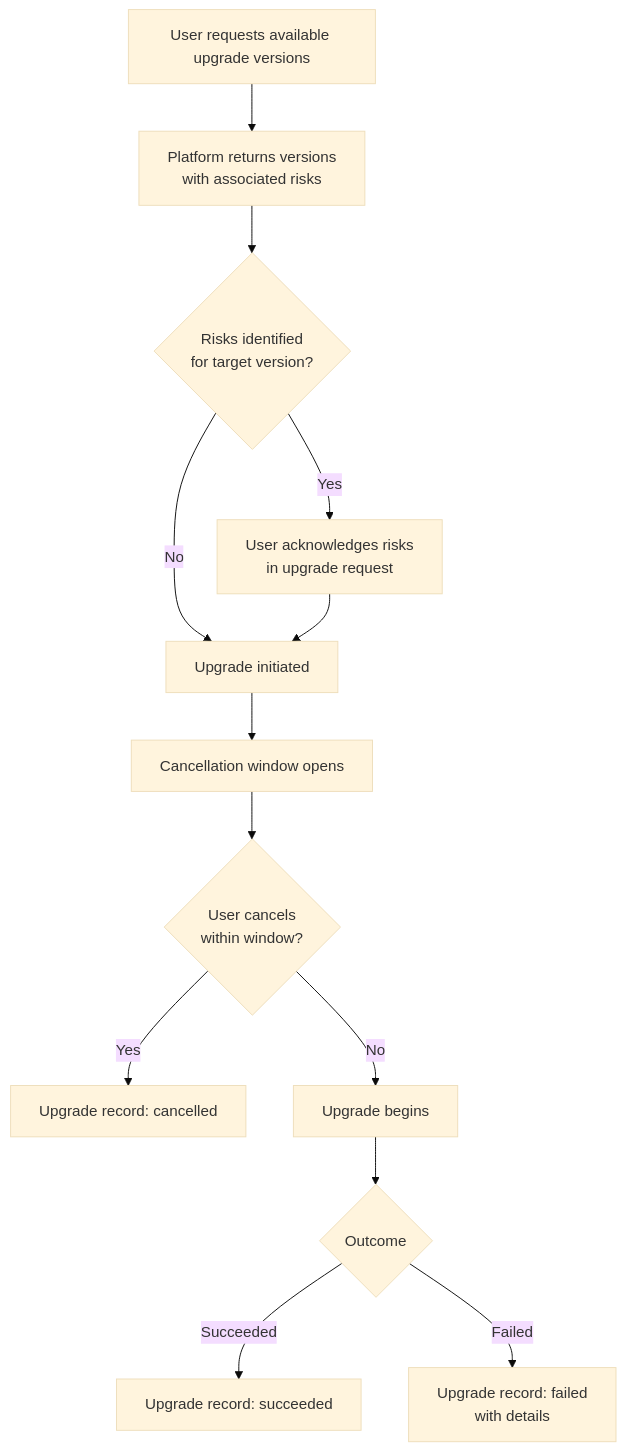
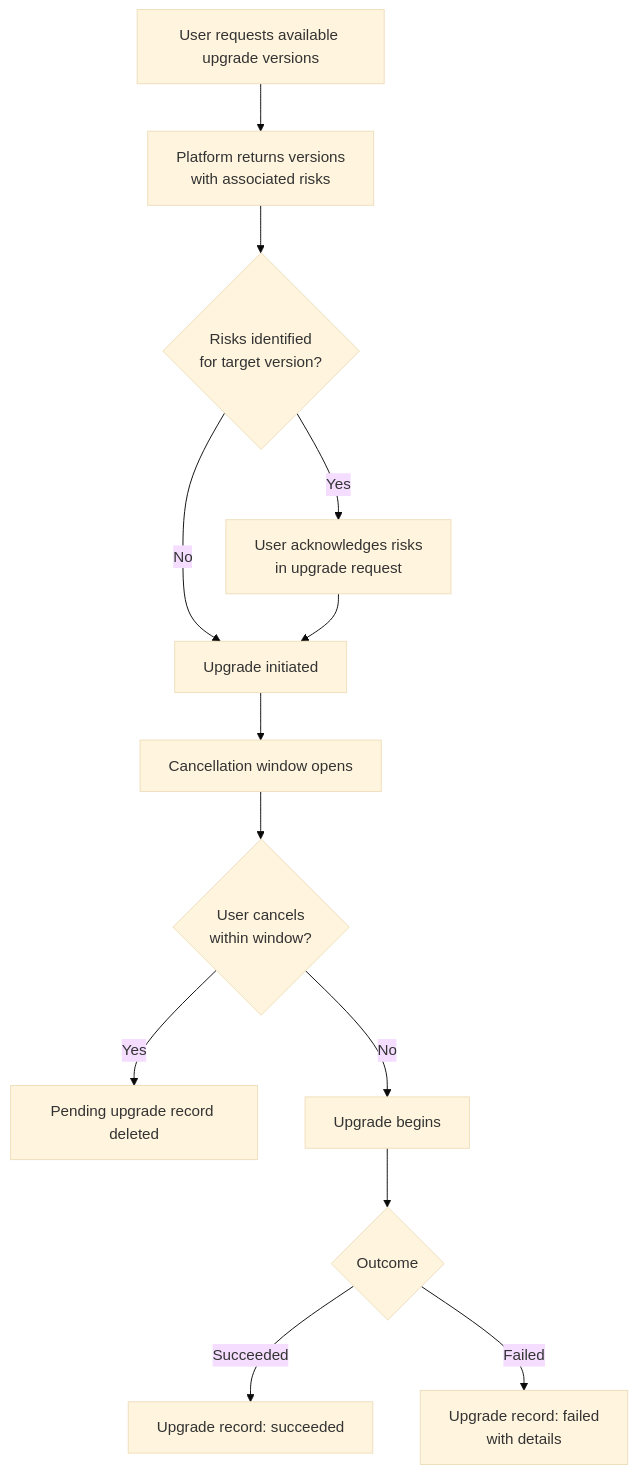
One commit to osac-project/enhancement-proposals changed the diagram in enhancements/OSAC-1415-cluster-upgrade-caas/prd.md. Above: the diagram before and after it, drawn with Mermaid (base theme). The commit also changed other lines of this file, not shown here.

Commit message:
OSAC-1415: address reviewer comments on cluster upgrade PRD

````diff
--- a/enhancements/OSAC-1415-cluster-upgrade-caas/prd.md
+++ b/enhancements/OSAC-1415-cluster-upgrade-caas/prd.md
@@ -85,15 +89,15 @@
 ```mermaid
 flowchart TD
     A[User requests available upgrade versions] --> B[Platform returns versions\nwith associated risks]
     B --> C{Risks identified\nfor target version?}
     C -- Yes --> D[User acknowledges risks\nin upgrade request]
     C -- No --> E[Upgrade initiated]
     D --> E
     E --> F[Cancellation window opens]
     F --> G{User cancels\nwithin window?}
-    G -- Yes --> H[Upgrade record: cancelled]
+    G -- Yes --> H[Pending upgrade record deleted]
     G -- No --> I[Upgrade begins]
     I --> J{Outcome}
     J -- Succeeded --> K[Upgrade record: succeeded]
     J -- Failed --> L[Upgrade record: failed\nwith details]
 ```
````
